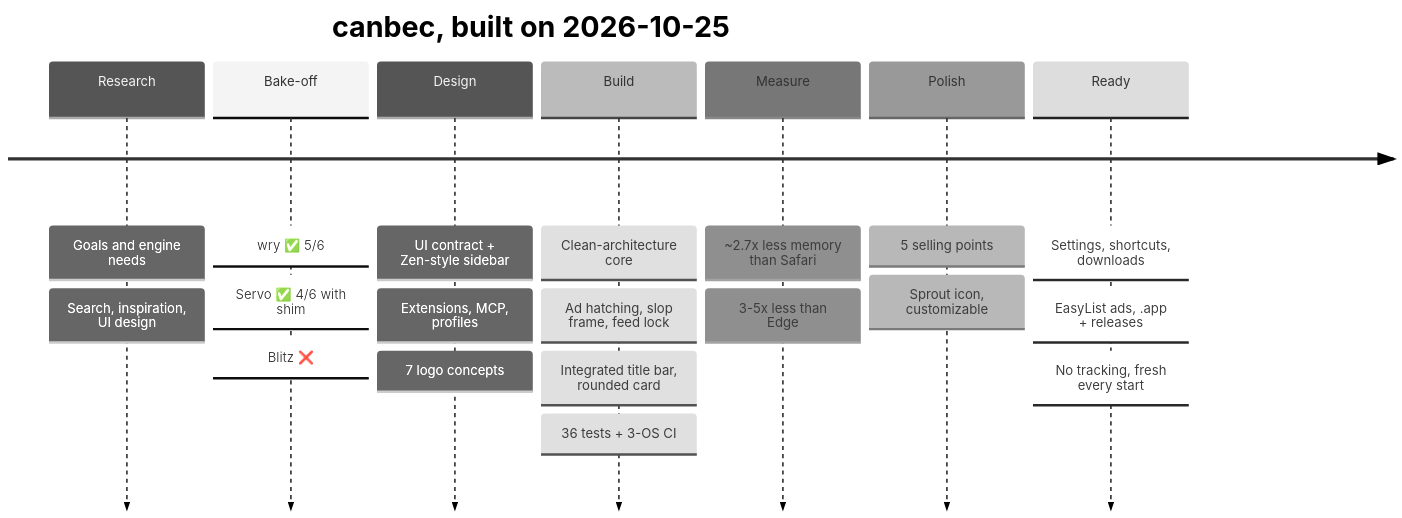
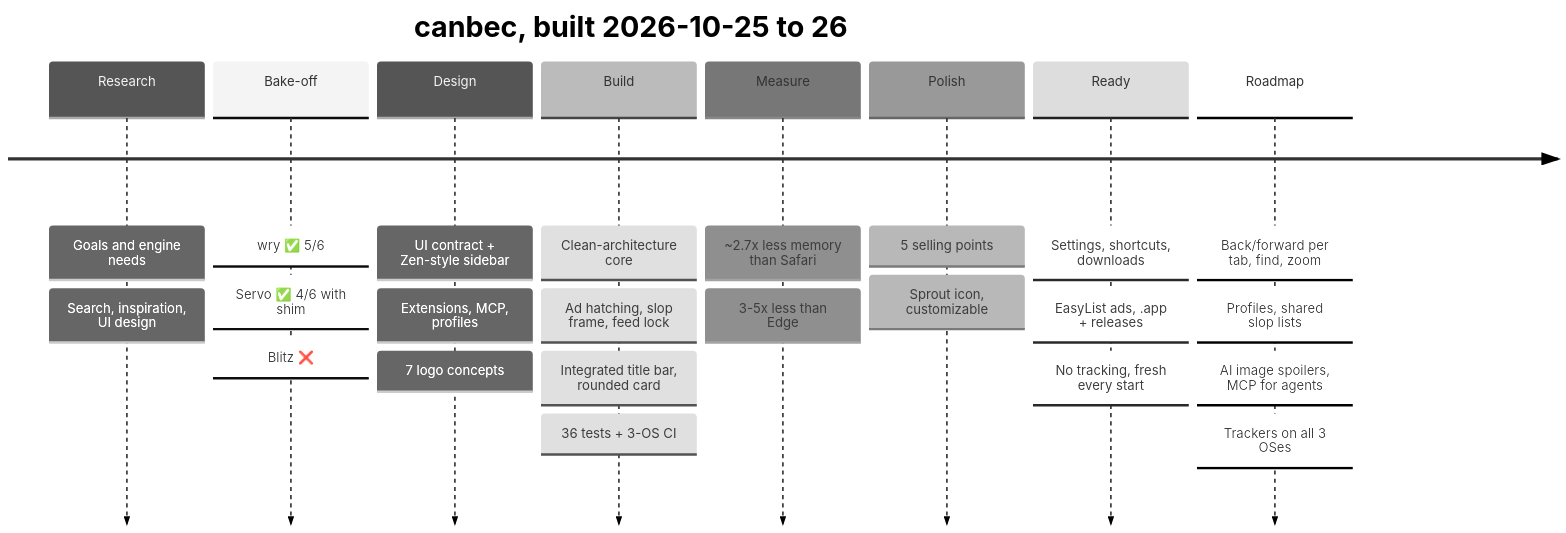
One commit to Cod3rs-org/canbec changed the diagram in README.md. Above: the diagram before and after it, drawn with Mermaid (neutral theme). The commit also changed other lines of this file, not shown here.

Commit message:
docs: README journey 19-24 and timeline for the roadmap work

````diff
--- a/README.md
+++ b/README.md
@@ -70,23 +70,27 @@
 ```mermaid
 timeline
-    title canbec, built on 2026-10-25
+    title canbec, built 2026-10-25 to 26
     Research : Goals and engine needs
              : Search, inspiration, UI design
     Bake-off : wry ✅ 5/6
              : Servo ✅ 4/6 with shim
              : Blitz ❌
     Design   : UI contract + Zen-style sidebar
              : Extensions, MCP, profiles
              : 7 logo concepts
     Build    : Clean-architecture core
              : Ad hatching, slop frame, feed lock
              : Integrated title bar, rounded card
              : 36 tests + 3-OS CI
     Measure  : ~2.7x less memory than Safari
              : 3-5x less than Edge
     Polish   : 5 selling points
              : Sprout icon, customizable
     Ready    : Settings, shortcuts, downloads
              : EasyList ads, .app + releases
              : No tracking, fresh every start
+    Roadmap  : Back/forward per tab, find, zoom
+             : Profiles, shared slop lists
+             : AI image spoilers, MCP for agents
+             : Trackers on all 3 OSes
 ```
````
